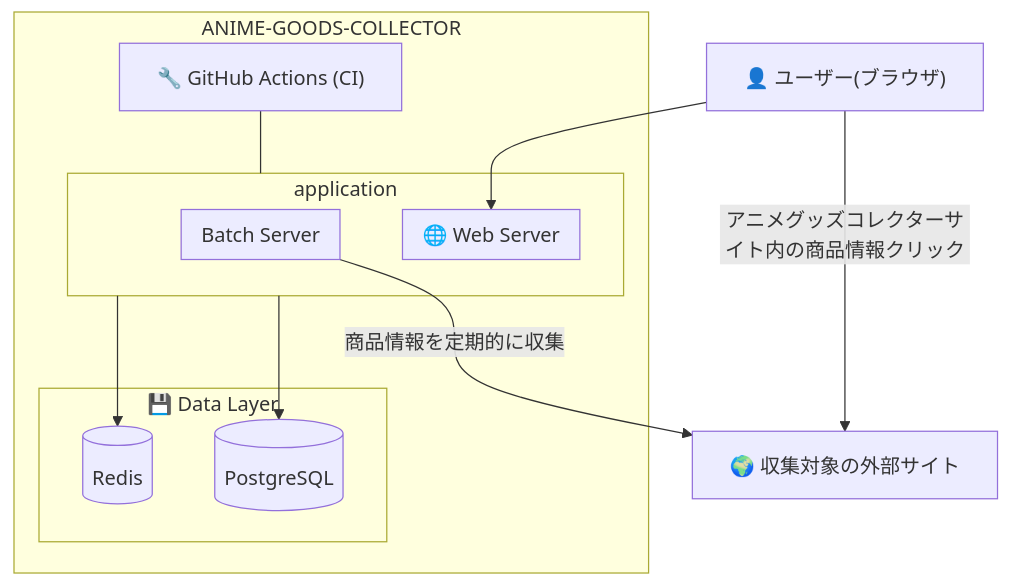
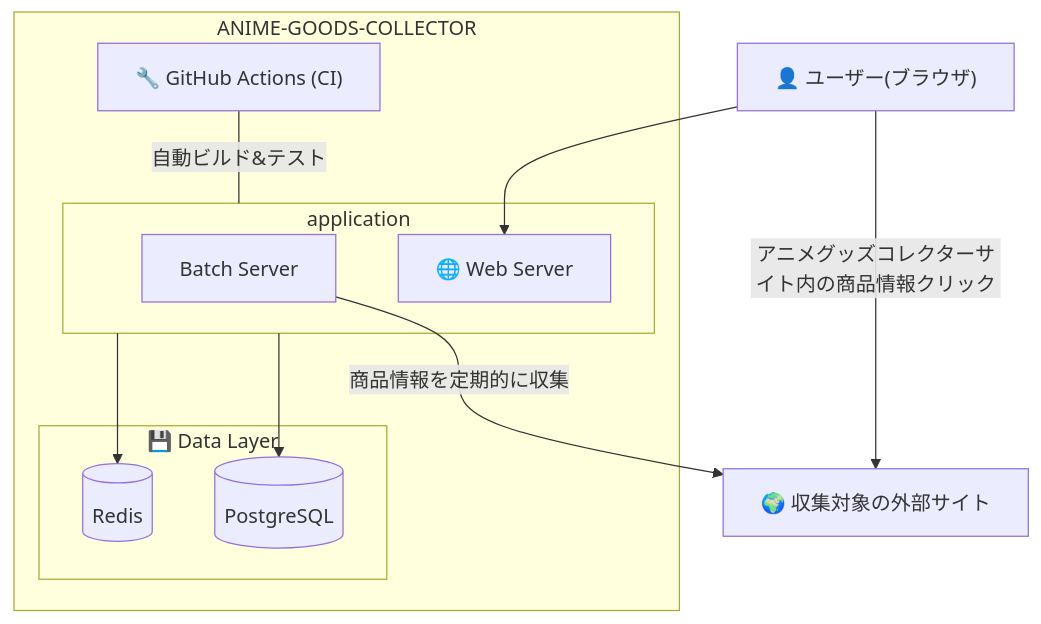
One commit to sou-business/anime-goods-collector changed the diagram in architecture.mermaid. Above: the diagram before and after it, drawn with Mermaid.

Commit message:
アーキテクチャ図のCIにコメント「自動ビルド&テスト」追加

```diff
--- a/architecture.mermaid
+++ b/architecture.mermaid
@@ -1,32 +1,29 @@
 graph TB
 
 External["🌍 収集対象の外部サイト"]
 
 User["👤 ユーザー(ブラウザ)"]
 
 subgraph ANIME-GOODS-COLLECTOR
     CI["🔧 GitHub Actions (CI)"]
     
     subgraph application
-        subgraph Web["🌐 Web Server"]
-        end
-
-        subgraph Batch["Batch Server"]
-        end
+        Batch["Batch Server"]
+        Web["🌐 Web Server"]
     end
 
     subgraph DataLayer["💾 Data Layer"]
-    Redis[(Redis)]
-    DB[(PostgreSQL)]
+        Redis[(Redis)]
+        DB[(PostgreSQL)]
     end
 end
 
-CI --- application
+CI ---|自動ビルド&テスト| application
 
 application --> Redis
 application --> DB
 
 User --> Web
 User -->|アニメグッズコレクターサイト内の商品情報クリック| External
 
 Batch -->|商品情報を定期的に収集| External
```
